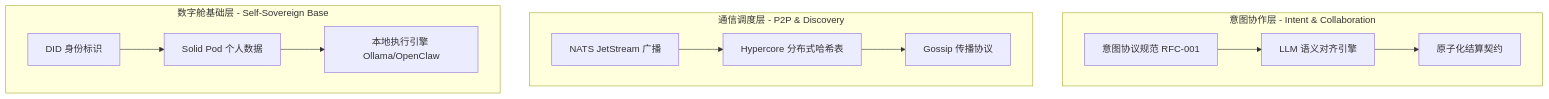
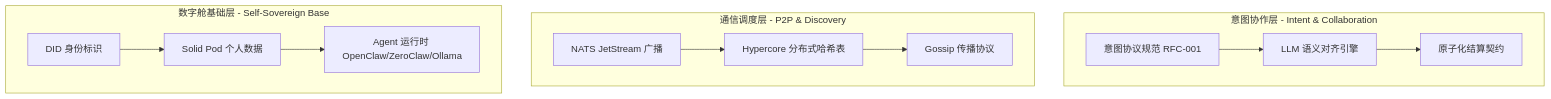
One commit to Sawyer-G/Open-A2A changed the diagram in docs/zh/03-architecture.md. Above: the diagram before and after it, drawn with Mermaid. The commit also changed other lines of this file and 10 other files, not shown here.

````diff
--- a/docs/zh/03-architecture.md
+++ b/docs/zh/03-architecture.md
@@ -7,17 +26,17 @@
 ```mermaid
 graph TD
     subgraph L3 [意图协作层 - Intent & Collaboration]
         A[意图协议规范 RFC-001] --> B[LLM 语义对齐引擎]
         B --> C[原子化结算契约]
     end
 
     subgraph L2 [通信调度层 - P2P & Discovery]
         D[NATS JetStream 广播] --> E[Hypercore 分布式哈希表]
         E --> F[Gossip 传播协议]
     end
 
     subgraph L1 [数字舱基础层 - Self-Sovereign Base]
         G[DID 身份标识] --> H[Solid Pod 个人数据]
-        H --> I[本地执行引擎 Ollama/OpenClaw]
+        H --> I[Agent 运行时 OpenClaw/ZeroClaw/Ollama]
     end
 ```
````
